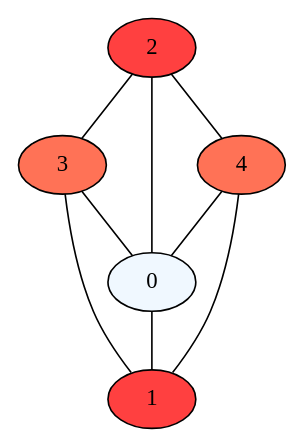
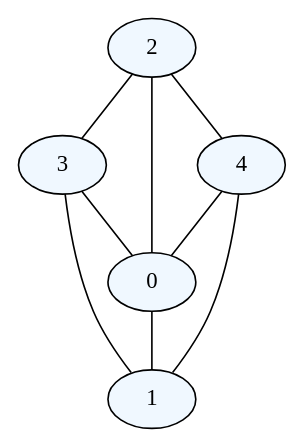
One commit to GeorgiaFrankinStain/SibGUTY_git changed the diagram in 4k1s/Information_secutity/lab_all_IJ_IDEA/tests_files/lab_6_rgz/print_to_file_test.dot. Above: the diagram before and after it, drawn with Graphviz. The commit also changed 126 other files, not shown here.

```diff
--- a/4k1s/Information_secutity/lab_all_IJ_IDEA/tests_files/lab_6_rgz/print_to_file_test.dot
+++ b/4k1s/Information_secutity/lab_all_IJ_IDEA/tests_files/lab_6_rgz/print_to_file_test.dot
@@ -1,19 +1,19 @@
 strict graph {
     node [label="\N", style=filled];    0	[fillcolor=aliceblue];
-    1	[fillcolor=brown1];
-    2	[fillcolor=brown1];
-    3	[fillcolor=coral1];
-    4	[fillcolor=coral1];
+    1	[fillcolor=aliceblue];
+    2	[fillcolor=aliceblue];
+    3	[fillcolor=aliceblue];
+    4	[fillcolor=aliceblue];
     2 -- 3
     2 -- 4
     4 -- 1
     2 -- 0
     2 -- 4
     3 -- 1
     0 -- 1
     4 -- 0
     4 -- 0
     4 -- 2
     3 -- 0
 
 }
```
